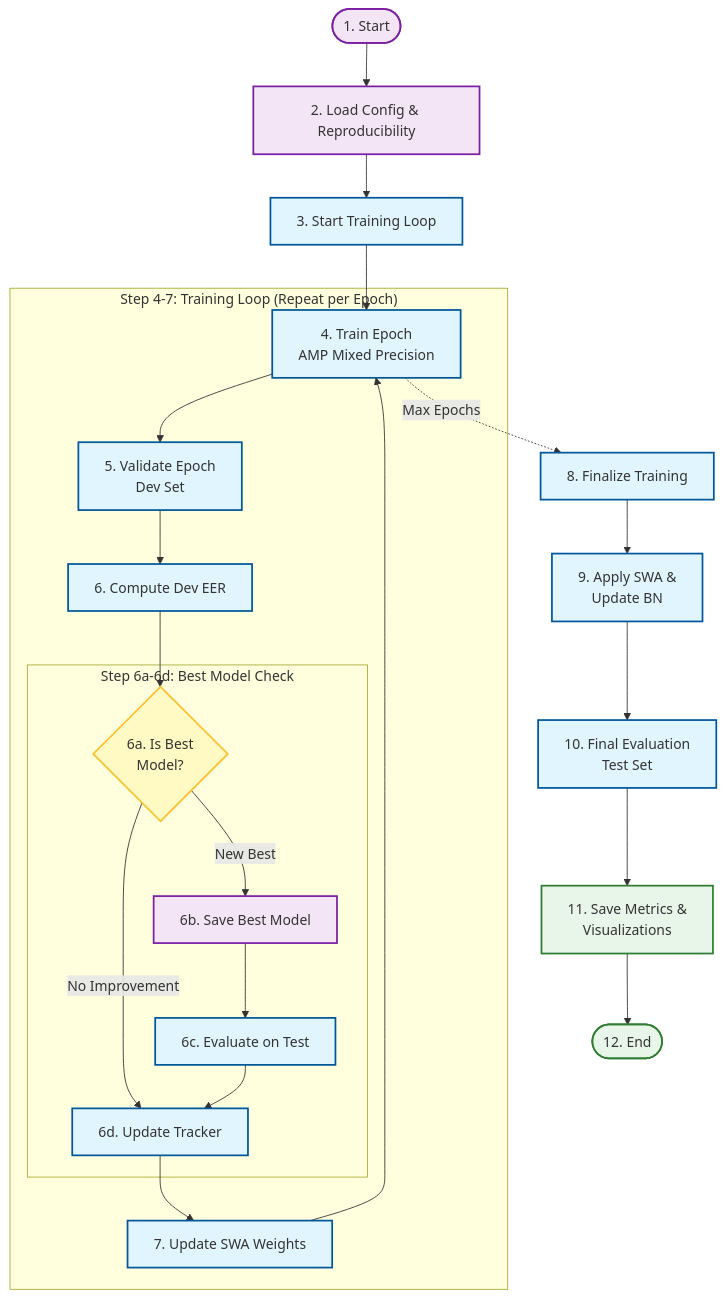
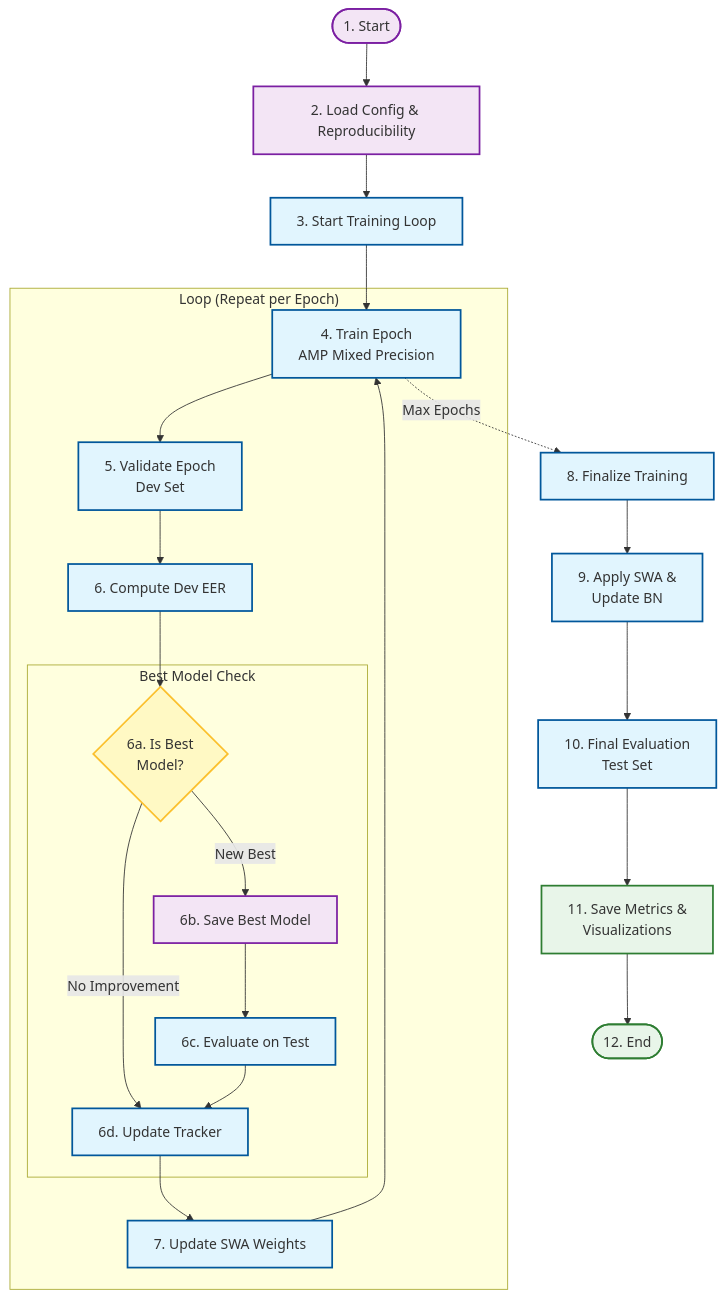
Before and after one commit to gkibria121/ai-voice-detector: the first of 2 diagrams in docs/methodoloyg_part3.md, drawn with Mermaid. The commit also changed 3 other files, not shown here.

Commit message:
feat: add detailed documentation on network architectures and methodology for audio deepfake detection.

````diff
--- a/docs/methodoloyg_part3.md
+++ b/docs/methodoloyg_part3.md
@@ -6,44 +6,44 @@
 ```mermaid
 flowchart TD
     %% Training Loop Diagram derived from main.py
     classDef process fill:#e1f5fe,stroke:#01579b,stroke-width:2px
     classDef decision fill:#fff9c4,stroke:#fbc02d,stroke-width:2px
     classDef storage fill:#f3e5f5,stroke:#7b1fa2,stroke-width:2px
     classDef final fill:#e8f5e9,stroke:#2e7d32,stroke-width:2px
 
     Start(["1. Start"]):::storage --> Init["2. Load Config & Reproducibility"]:::storage
     Init --> EpochStart["3. Start Training Loop"]:::process
 
-    subgraph EpochLoop["Step 4-7: Training Loop (Repeat per Epoch)"]
+    subgraph EpochLoop["Loop (Repeat per Epoch)"]
         Train["4. Train Epoch<br/>AMP Mixed Precision"]:::process
         Validate["5. Validate Epoch<br/>Dev Set"]:::process
         CheckEER["6. Compute Dev EER"]:::process
 
-        subgraph CheckBest["Step 6a-6d: Best Model Check"]
+        subgraph CheckBest["Best Model Check"]
             IsBest{"6a. Is Best<br/>Model?"}:::decision
             SaveBest["6b. Save Best Model"]:::storage
             EvalTest["6c. Evaluate on Test"]:::process
             UpdateTracker["6d. Update Tracker"]:::process
         end
 
         SWA["7. Update SWA Weights"]:::process
 
         Train --> Validate
         Validate --> CheckEER
         CheckEER --> IsBest
         IsBest -->|New Best| SaveBest
         IsBest -->|No Improvement| UpdateTracker
         SaveBest --> EvalTest
         EvalTest --> UpdateTracker
         UpdateTracker --> SWA
         SWA --> Train
     end
 
     EpochStart --> Train
     Train -.->|Max Epochs| Finalize["8. Finalize Training"]:::process
 
     Finalize --> ProcessSWA["9. Apply SWA &<br/>Update BN"]:::process
     ProcessSWA --> FinalEval["10. Final Evaluation<br/>Test Set"]:::process
     FinalEval --> Metrics["11. Save Metrics &<br/>Visualizations"]:::final
     Metrics --> End(["12. End"]):::final
 ```
````
